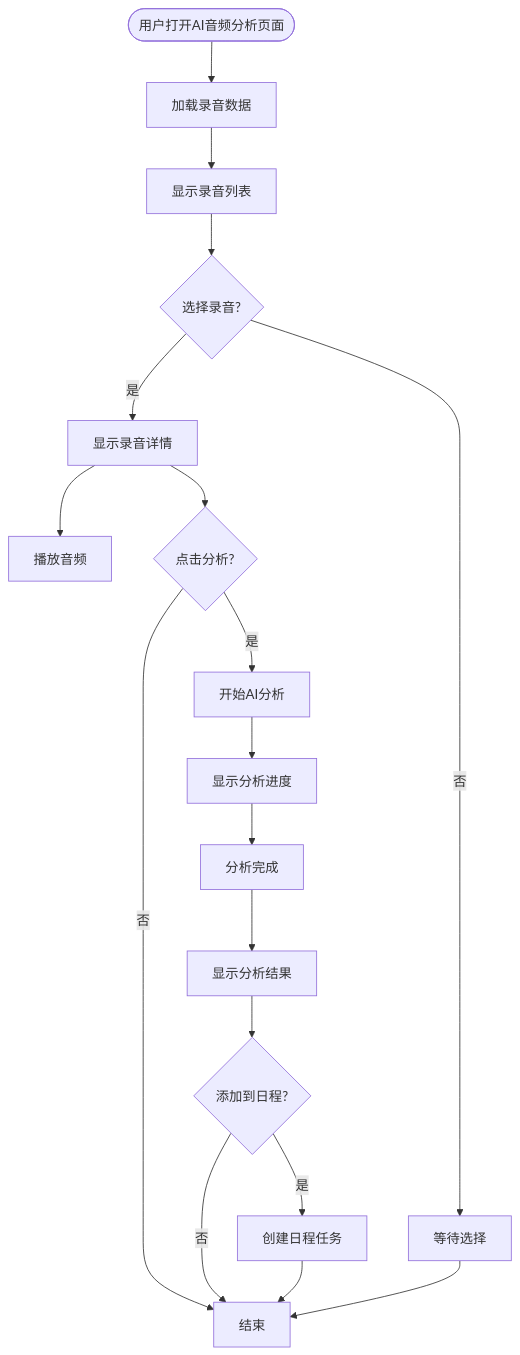
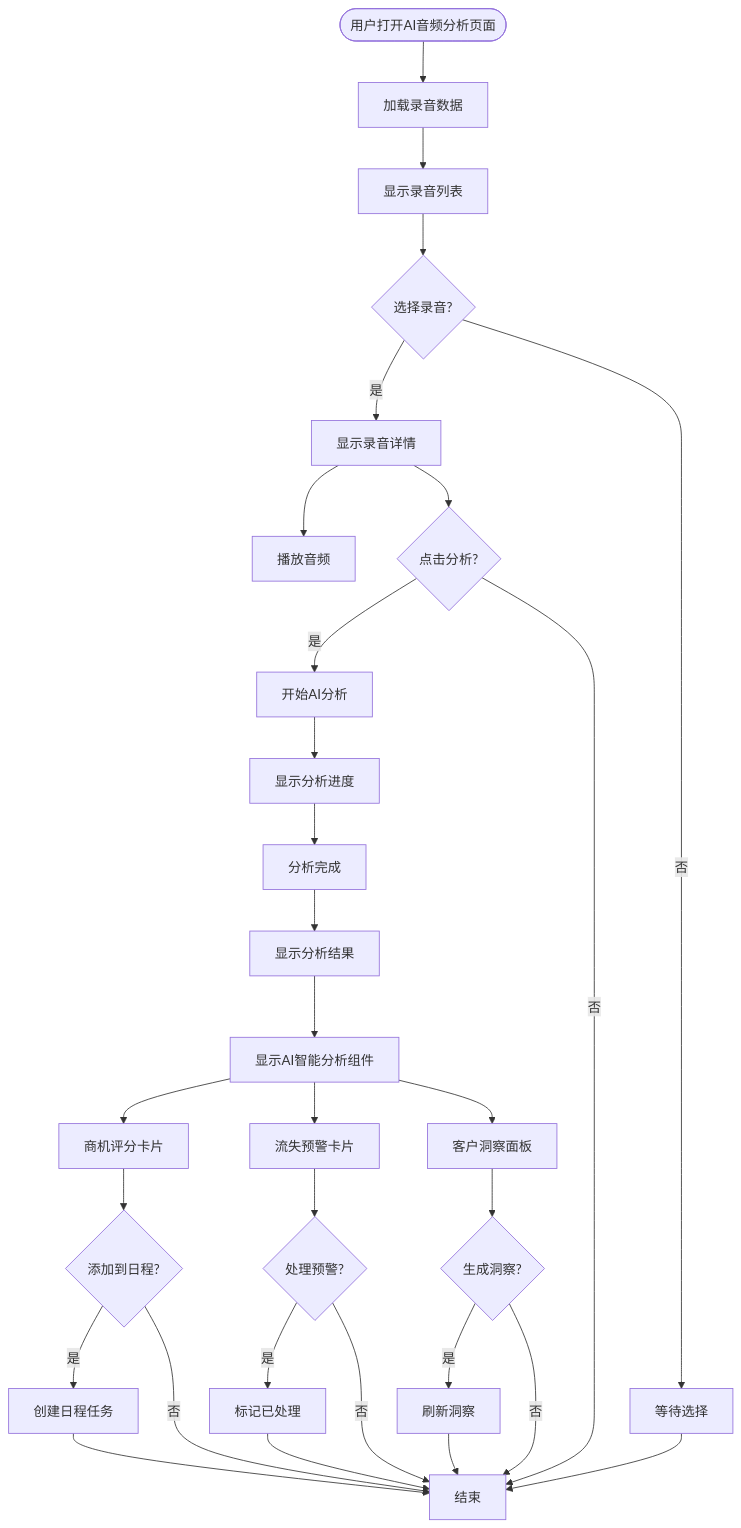
One commit to xianjianshenqu/SalesFlow-CRM changed the tenth of 11 diagrams in .qoder/repowiki/zh/content/Ai Audio Analysis.md. Above: the diagram before and after it, drawn with Mermaid. The commit also changed other lines of this file and 36 other files, not shown here.

````diff
--- a/.qoder/repowiki/zh/content/Ai Audio Analysis.md
+++ b/.qoder/repowiki/zh/content/Ai Audio Analysis.md
@@ -394,20 +533,32 @@
 ```mermaid
 flowchart TD
 Start([用户打开AI音频分析页面]) --> LoadData[加载录音数据]
 LoadData --> ShowList[显示录音列表]
 ShowList --> SelectRecording{选择录音?}
 SelectRecording --> |是| ShowDetails[显示录音详情]
 SelectRecording --> |否| Wait[等待选择]
 ShowDetails --> PlayAudio[播放音频]
 ShowDetails --> AnalyzeButton{点击分析?}
 AnalyzeButton --> |是| StartAnalysis[开始AI分析]
 AnalyzeButton --> |否| End[结束]
 StartAnalysis --> ShowProgress[显示分析进度]
 ShowProgress --> AnalysisComplete[分析完成]
 AnalysisComplete --> ShowResults[显示分析结果]
-ShowResults --> AddToSchedule{添加到日程?}
+ShowResults --> ShowAIComponents[显示AI智能分析组件]
+ShowAIComponents --> OpportunityScore[商机评分卡片]
+ShowAIComponents --> ChurnAlert[流失预警卡片]
+ShowAIComponents --> CustomerInsight[客户洞察面板]
+OpportunityScore --> AddToSchedule{添加到日程?}
+ChurnAlert --> HandleAlert{处理预警?}
+CustomerInsight --> GenerateInsight{生成洞察?}
 AddToSchedule --> |是| CreateTask[创建日程任务]
 AddToSchedule --> |否| End
+HandleAlert --> |是| MarkHandled[标记已处理]
+HandleAlert --> |否| End
+GenerateInsight --> |是| RefreshInsight[刷新洞察]
+GenerateInsight --> |否| End
 CreateTask --> End
+MarkHandled --> End
+RefreshInsight --> End
 Wait --> End
 ```
````
